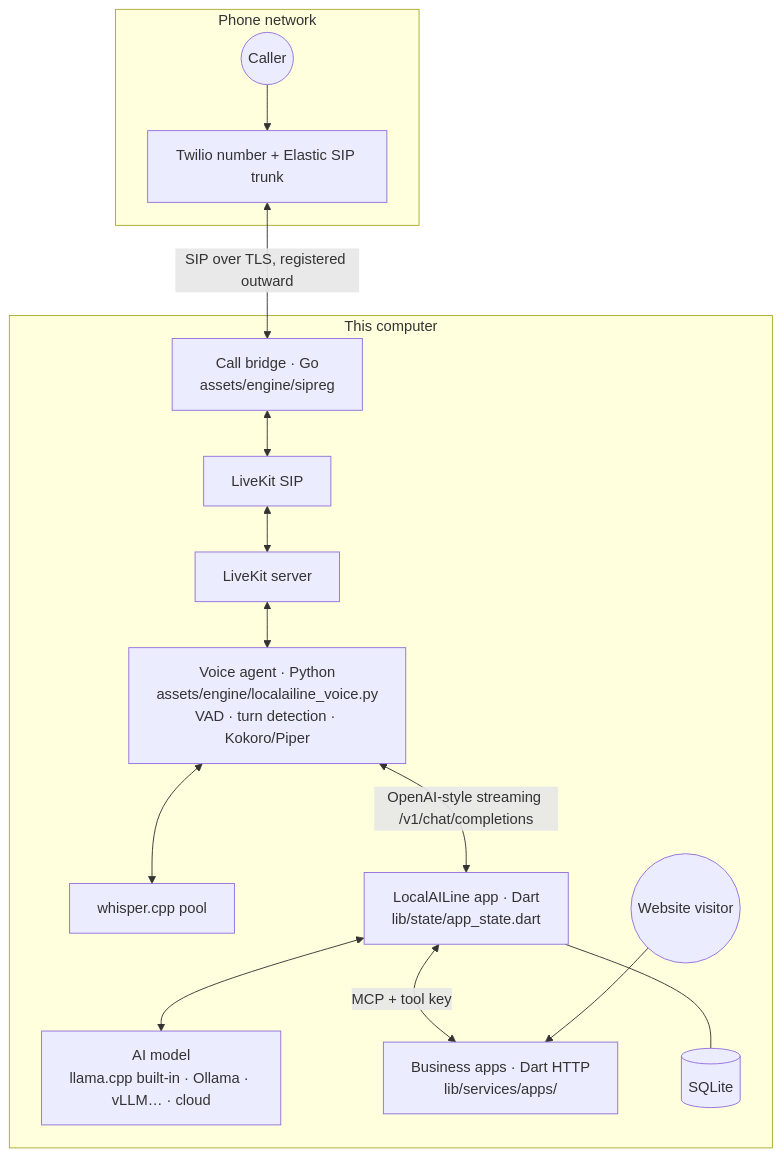
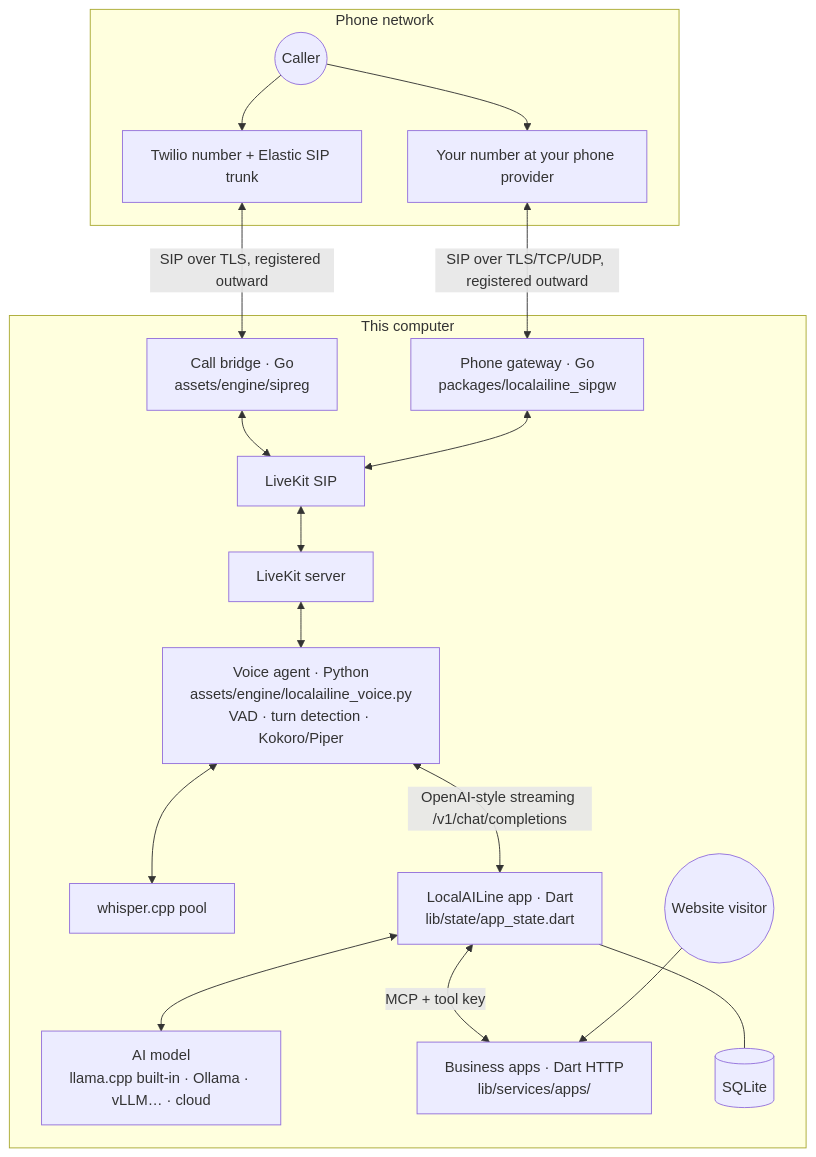
Before and after one commit to keyhan-azarjoo/local-ai-call-agents: the diagram in docs/ARCHITECTURE.md, drawn with Mermaid. The commit also changed other lines of this file and 256 other files, not shown here.

First line of the commit message:
LocalAILine as open packages, your own number through your provider, and per-line answer modes

````diff
--- a/docs/ARCHITECTURE.md
+++ b/docs/ARCHITECTURE.md
@@ -5,17 +5,20 @@
 ```mermaid
 flowchart TB
   subgraph phone [Phone network]
     caller((Caller)) --> twilio[Twilio number + Elastic SIP trunk]
+    caller --> provider[Your number at your phone provider]
   end
   twilio <-->|SIP over TLS, registered outward| bridge[Call bridge · Go<br/>assets/engine/sipreg]
+  provider <-->|SIP over TLS/TCP/UDP, registered outward| gw[Phone gateway · Go<br/>packages/localailine_sipgw]
   subgraph mac [This computer]
     bridge <--> lksip[LiveKit SIP] <--> lk[LiveKit server]
+    gw <--> lksip
     lk <--> agent[Voice agent · Python<br/>assets/engine/localailine_voice.py<br/>VAD · turn detection · Kokoro/Piper]
     agent <--> whisper[whisper.cpp pool]
     agent <-->|OpenAI-style streaming /v1/chat/completions| host[LocalAILine app · Dart<br/>lib/state/app_state.dart]
     host <--> llm[AI model<br/>llama.cpp built-in · Ollama · vLLM… · cloud]
     host <-->|MCP + tool key| apps[Business apps · Dart HTTP<br/>lib/services/apps/]
     host --- db[(SQLite)]
     visitor((Website visitor)) --> apps
   end
 ```
````
